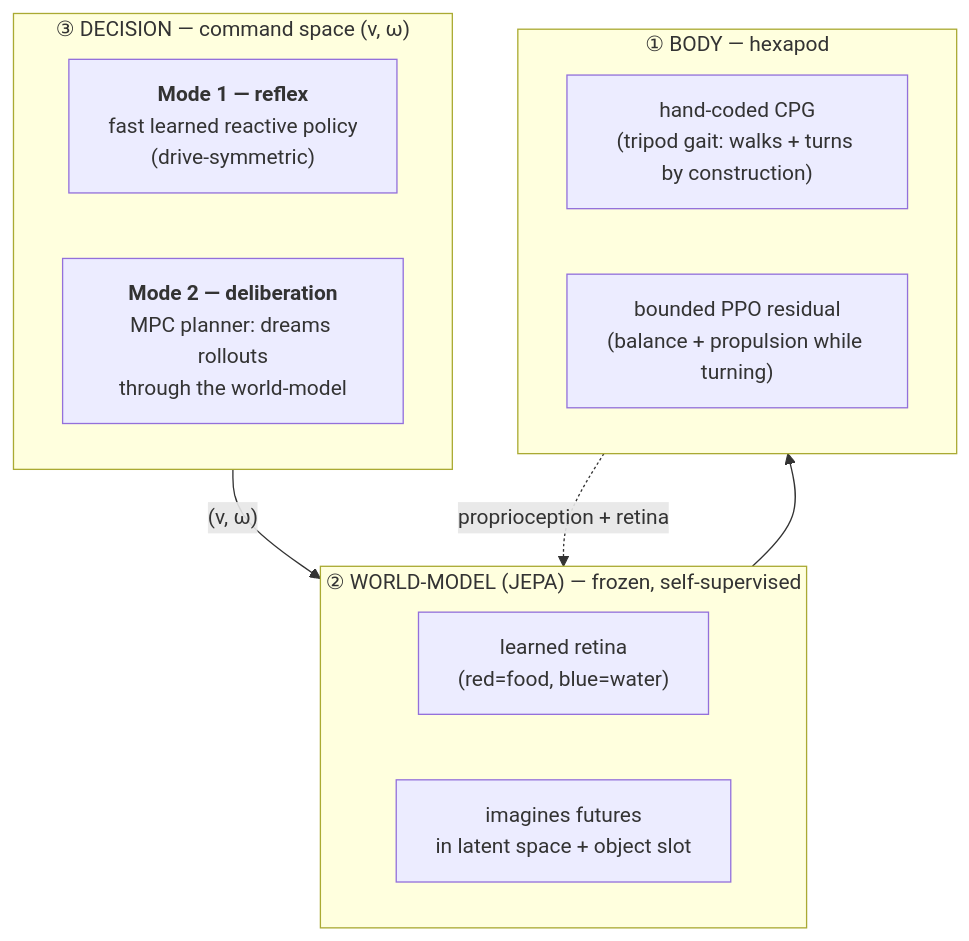
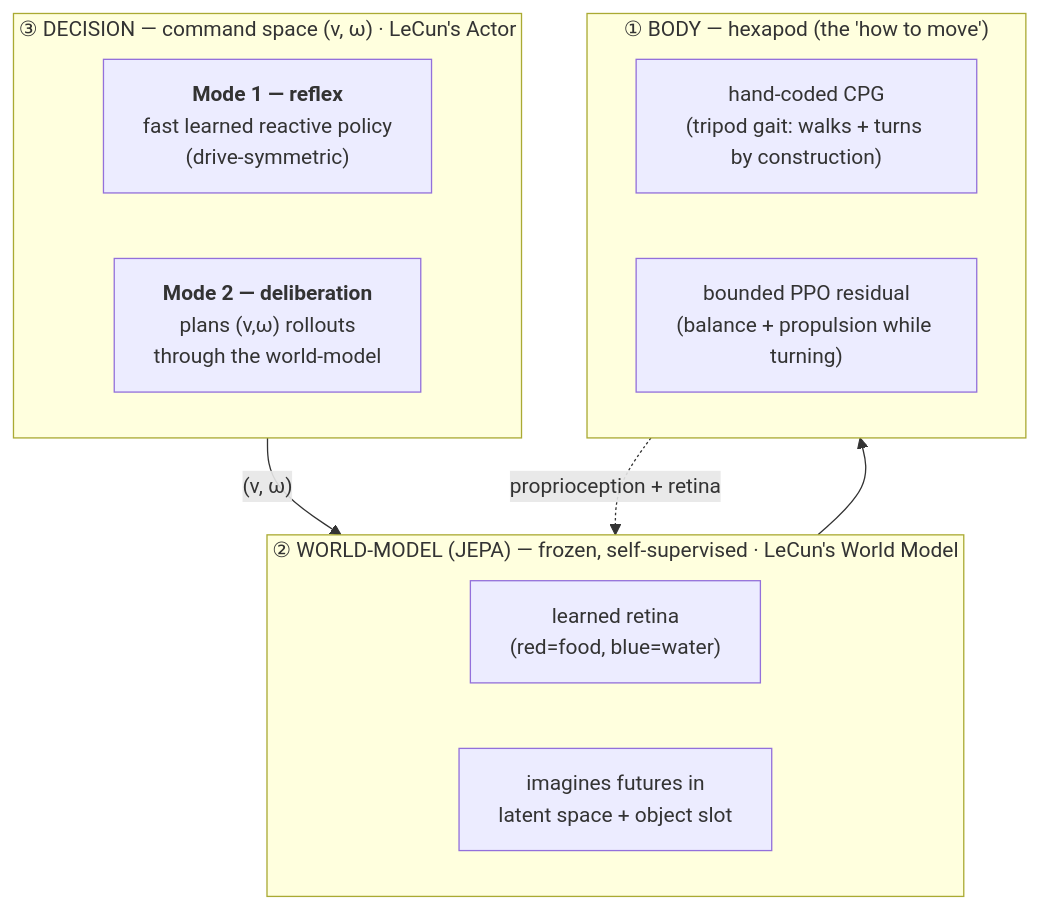
Before and after one commit to edgarbnt/Sylvan: the third of 3 diagrams in README.md, drawn with Mermaid. The commit also changed other lines of this file and 1 other file, not shown here.

First line of the commit message:
docs(readme): lead with the JEPA / LeCun blueprint, then the project

````diff
--- a/README.md
+++ b/README.md
@@ -27,18 +85,18 @@
 ```mermaid
 flowchart TB
-    subgraph BRAIN["③ DECISION — command space (v, ω)"]
+    subgraph BRAIN["③ DECISION — command space (v, ω)  ·  LeCun's Actor"]
         M1["<b>Mode 1 — reflex</b><br/>fast learned reactive policy<br/>(drive-symmetric)"]
-        M2["<b>Mode 2 — deliberation</b><br/>MPC planner: dreams rollouts<br/>through the world-model"]
+        M2["<b>Mode 2 — deliberation</b><br/>plans (v,ω) rollouts<br/>through the world-model"]
     end
-    subgraph WM["② WORLD-MODEL (JEPA) — frozen, self-supervised"]
+    subgraph WM["② WORLD-MODEL (JEPA) — frozen, self-supervised  ·  LeCun's World Model"]
         P["learned retina<br/>(red=food, blue=water)"]
-        I["imagines futures<br/>in latent space + object slot"]
+        I["imagines futures in<br/>latent space + object slot"]
     end
-    subgraph BODY["① BODY — hexapod"]
+    subgraph BODY["① BODY — hexapod (the 'how to move')"]
         CPG["hand-coded CPG<br/>(tripod gait: walks + turns by construction)"]
         RES["bounded PPO residual<br/>(balance + propulsion while turning)"]
     end
     BRAIN -- "(v, ω)" --> WM
     WM --> BODY
     BODY -. "proprioception + retina" .-> WM
 ```
````
